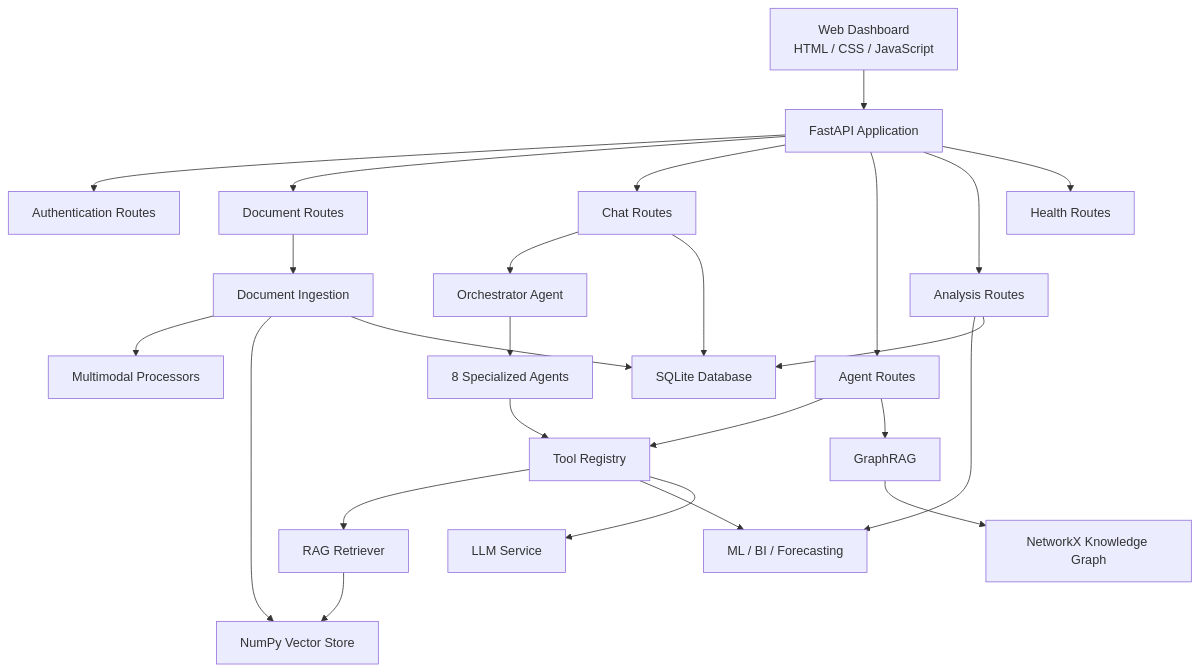
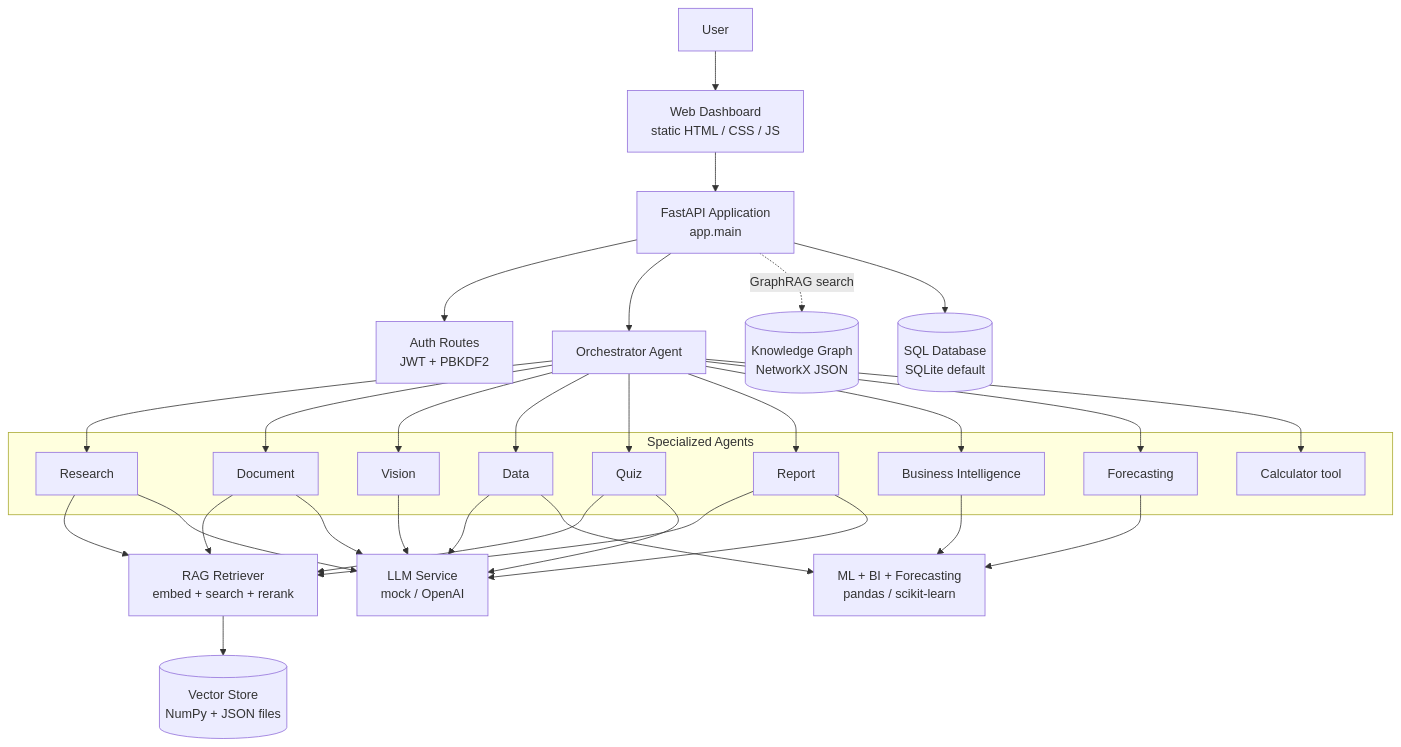
Before and after one commit to youzaahsan/MultiMind-AI: the first of 4 diagrams in README.md, drawn with Mermaid. The commit also changed other lines of this file, not shown here.

````diff
--- a/README.md
+++ b/README.md
@@ -121,37 +102,38 @@
 ```mermaid
-flowchart TD
+flowchart TB
+    USER[User]
+    UI[Web Dashboard<br/>static HTML / CSS / JS]
+    API[FastAPI Application<br/>app.main]
+    AUTH[Auth Routes<br/>JWT + PBKDF2]
+    ORCH[Orchestrator Agent]
 
-    UI["Web Dashboard<br/>HTML / CSS / JavaScript"]
-        --> API["FastAPI Application"]
+    subgraph AGENTS[Specialized Agents]
+        RES[Research]
+        DOC[Document]
+        VIS[Vision]
+        DAT[Data]
+        QZ[Quiz]
+        REP[Report]
+        BIA[Business Intelligence]
+        FC[Forecasting]
+        CALC[Calculator tool]
+    end
 
-    API --> AUTH["Authentication Routes"]
-    API --> DOC["Document Routes"]
-    API --> CHAT["Chat Routes"]
-    API --> AGENTS["Agent Routes"]
-    API --> ANALYSIS["Analysis Routes"]
-    API --> HEALTH["Health Routes"]
+    LLM[LLM Service<br/>mock / OpenAI]
+    RAG[RAG Retriever<br/>embed + search + rerank]
+    VS[(Vector Store<br/>NumPy + JSON files)]
+    KG[(Knowledge Graph<br/>NetworkX JSON)]
+    DB[(SQL Database<br/>SQLite default)]
+    ML[ML + BI + Forecasting<br/>pandas / scikit-learn]
 
-    DOC --> ING["Document Ingestion"]
-    CHAT --> ORCH["Orchestrator Agent"]
-    AGENTS --> TOOLS["Tool Registry"]
-    ANALYSIS --> ML["ML / BI / Forecasting"]
-
-    ORCH --> SPECIALIZED["8 Specialized Agents"]
-
-    SPECIALIZED --> TOOLS
-    TOOLS --> RAG["RAG Retriever"]
-    TOOLS --> ML
-    TOOLS --> LLM["LLM Service"]
-
-    ING --> PROCESSORS["Multimodal Processors"]
-    ING --> VECTOR["NumPy Vector Store"]
-    ING --> DB["SQLite Database"]
-
-    RAG --> VECTOR
-
-    AGENTS --> GRAPH["GraphRAG"]
-    GRAPH --> KG["NetworkX Knowledge Graph"]
-
-    CHAT --> DB
-    ANALYSIS --> DB
+    USER --> UI --> API
+    API --> AUTH
+    API --> ORCH
+    ORCH --> RES & DOC & VIS & DAT & QZ & REP & BIA & FC & CALC
+    RES & DOC & QZ & REP --> RAG
+    RAG --> VS
+    API -. GraphRAG search .-> KG
+    RES & DOC & VIS & DAT & QZ & REP --> LLM
+    BIA & DAT & FC --> ML
+    API --> DB
 ```
````
